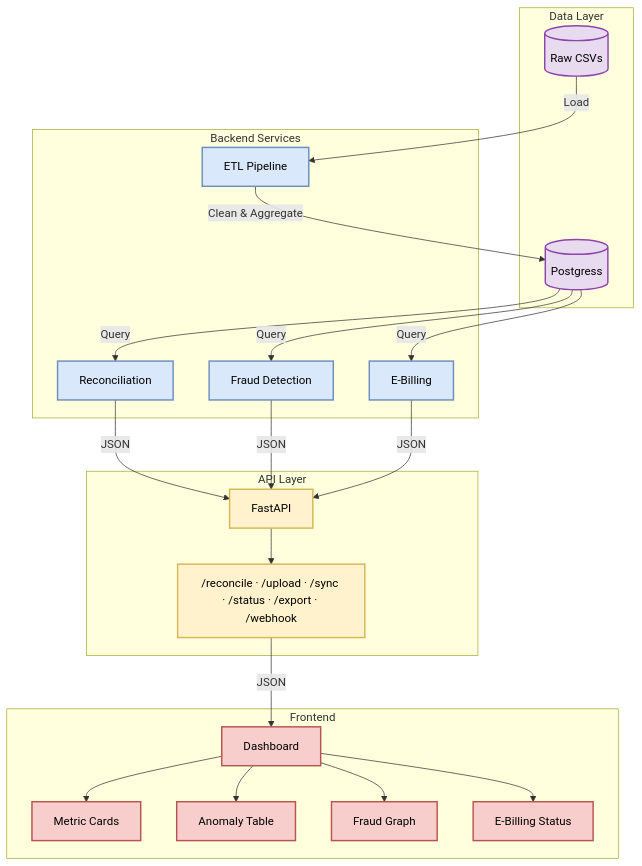
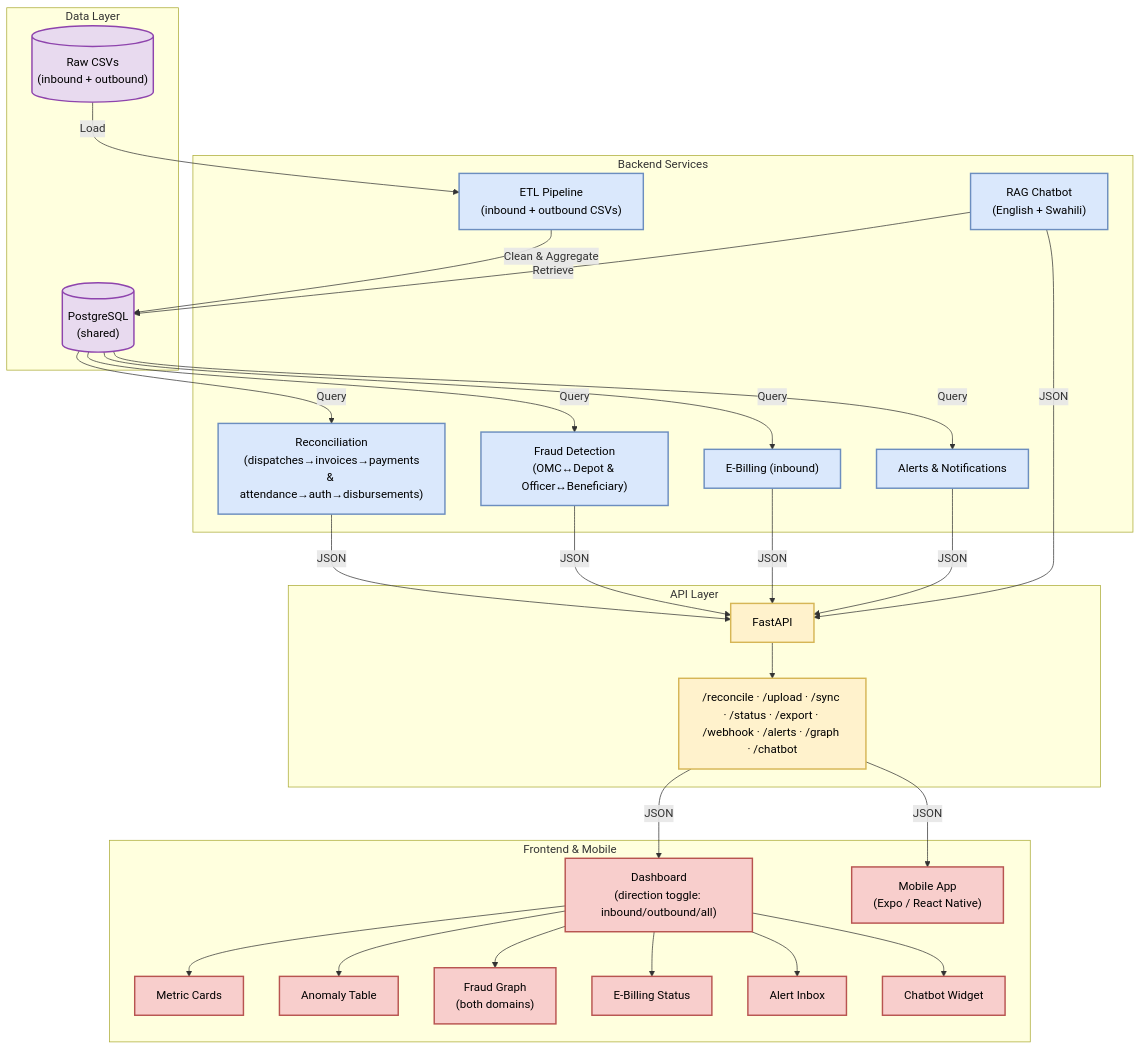
The diagram in README.md (TristanBrian/revenue-assurance), drawn with Mermaid before and after one commit. The commit also changed other lines of this file, not shown here.

Commit message:
docs: update README with expanded architecture diagram, chatbot

````diff
--- a/README.md
+++ b/README.md
@@ -25,54 +123,66 @@
 ```mermaid
 graph TD
     subgraph Data_Layer["Data Layer"]
-        CSV[("Raw CSVs")]
-        DB[("Postgress")]
+        CSV[("Raw CSVs\n(inbound + outbound)")]
+        DB[("PostgreSQL\n(shared)")]
     end
 
     subgraph Service_Layer["Backend Services"]
-        ETL["ETL Pipeline"]
-        Recon["Reconciliation"]
-        Fraud["Fraud Detection"]
-        EBill["E-Billing"]
+        ETL["ETL Pipeline\n(inbound + outbound CSVs)"]
+        Recon["Reconciliation\n(dispatches→invoices→payments\n& attendance→auth→disbursements)"]
+        Fraud["Fraud Detection\n(OMC↔Depot & Officer↔Beneficiary)"]
+        EBill["E-Billing (inbound)"]
+        Alerts["Alerts & Notifications"]
+        RAG["RAG Chatbot\n(English + Swahili)"]
     end
 
     subgraph API_Layer["API Layer"]
         API["FastAPI"]
-        Routes["/reconcile · /upload · /sync · /status · /export · /webhook"]
+        Routes["/reconcile · /upload · /sync · /status · /export · /webhook · /alerts · /graph · /chatbot"]
     end
 
-    subgraph UI_Layer["Frontend"]
-        Dashboard["Dashboard"]
+    subgraph UI_Layer["Frontend & Mobile"]
+        Dashboard["Dashboard\n(direction toggle: inbound/outbound/all)"]
         Cards["Metric Cards"]
         Table["Anomaly Table"]
-        Graph["Fraud Graph"]
+        Graph["Fraud Graph\n(both domains)"]
         EBillUI["E-Billing Status"]
+        AlertsUI["Alert Inbox"]
+        ChatbotUI["Chatbot Widget"]
+        MobileApp["Mobile App\n(Expo / React Native)"]
     end
 
     CSV -->|Load| ETL
     ETL -->|Clean & Aggregate| DB
     DB -->|Query| Recon
     DB -->|Query| Fraud
     DB -->|Query| EBill
+    DB -->|Query| Alerts
+    RAG -->|Retrieve| DB
 
     Recon -->|JSON| API
     Fraud -->|JSON| API
     EBill -->|JSON| API
+    Alerts -->|JSON| API
+    RAG -->|JSON| API
     API --> Routes
 
     Routes -->|JSON| Dashboard
     Dashboard --> Cards
     Dashboard --> Table
     Dashboard --> Graph
     Dashboard --> EBillUI
+    Dashboard --> AlertsUI
+    Dashboard --> ChatbotUI
+    Routes -->|JSON| MobileApp
 
     classDef data fill:#e8daef,stroke:#8e44ad,stroke-width:2px,color:#000
     classDef service fill:#dae8fc,stroke:#6c8ebf,stroke-width:2px,color:#000
     classDef api fill:#fff2cc,stroke:#d6b656,stroke-width:2px,color:#000
     classDef ui fill:#f8cecc,stroke:#b85450,stroke-width:2px,color:#000
 
     class CSV,DB data
-    class ETL,Recon,Fraud,EBill service
+    class ETL,Recon,Fraud,EBill,Alerts,RAG service
     class API,Routes api
-    class Dashboard,Cards,Table,Graph,EBillUI ui
+    class Dashboard,Cards,Table,Graph,EBillUI,AlertsUI,ChatbotUI,MobileApp ui
 ```
````
